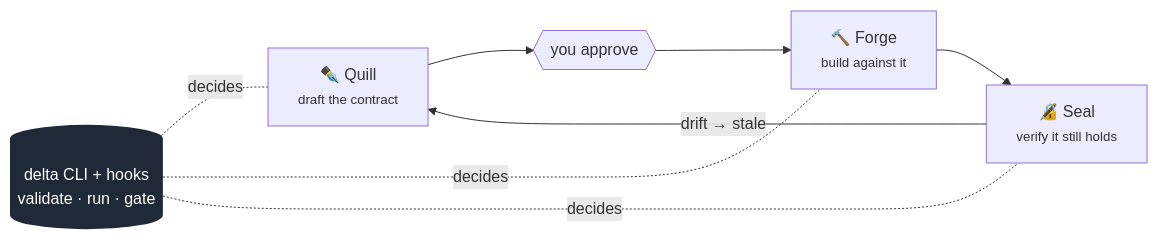
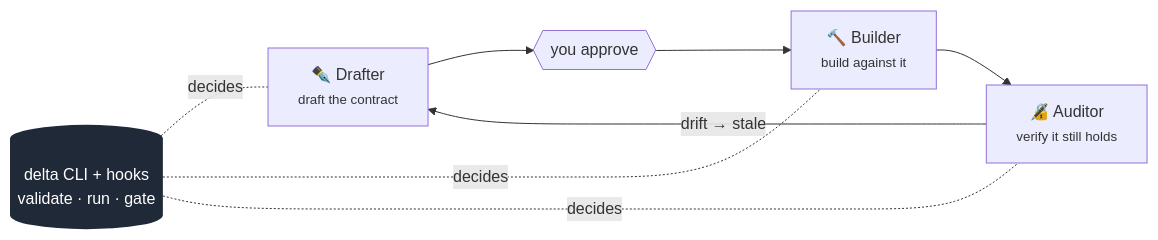
One commit to ronz204/deltas-ai changed the diagram in README.md. Above: the diagram before and after it, drawn with Mermaid. The commit also changed other lines of this file and 56 other files, not shown here.

````diff
--- a/README.md
+++ b/README.md
@@ -48,16 +48,16 @@
 ```mermaid
 flowchart LR
-    Q["✒️ Quill<br/><small>draft the contract</small>"]
+    Q["✒️ Drafter<br/><small>draft the contract</small>"]
     A{{"you approve"}}
-    F["🔨 Forge<br/><small>build against it</small>"]
-    S["🔏 Seal<br/><small>verify it still holds</small>"]
+    F["🔨 Builder<br/><small>build against it</small>"]
+    S["🔏 Auditor<br/><small>verify it still holds</small>"]
     CLI[("delta CLI + hooks<br/>validate · run · gate")]
 
     Q --> A --> F --> S
     S -- "drift → stale" --> Q
     CLI -. "decides" .- Q
     CLI -. "decides" .- F
     CLI -. "decides" .- S
 
     style CLI fill:#1f2937,color:#fff,stroke:none
 ```
````
